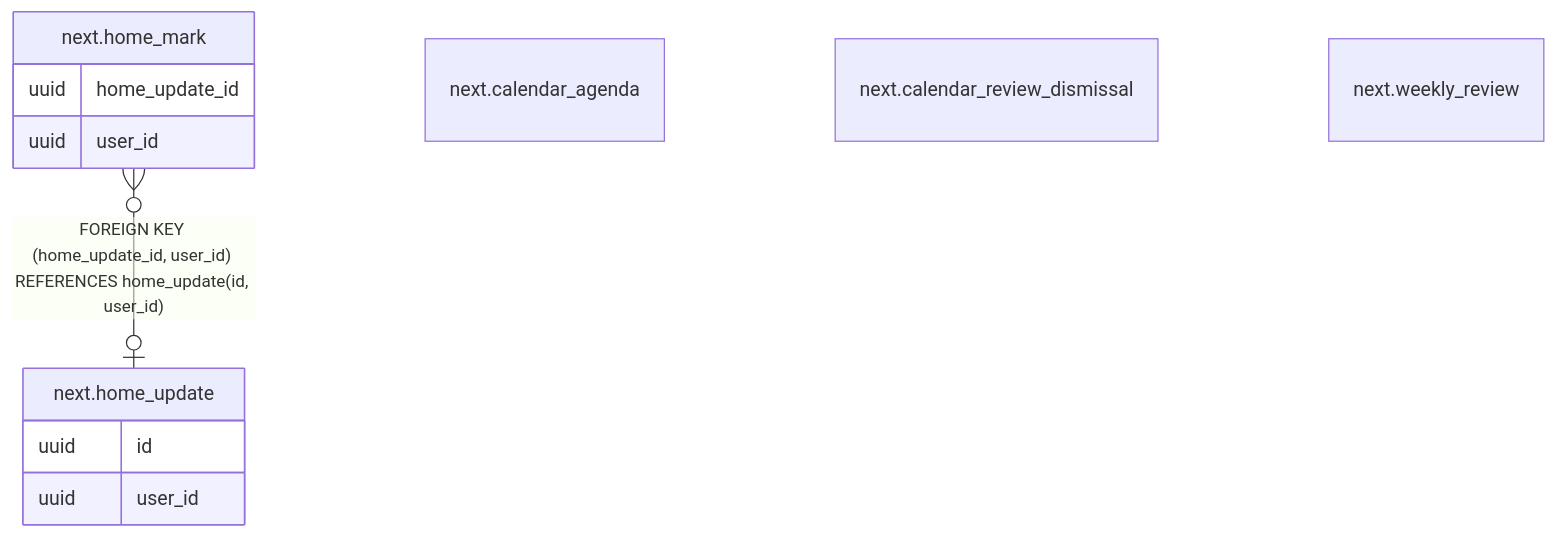
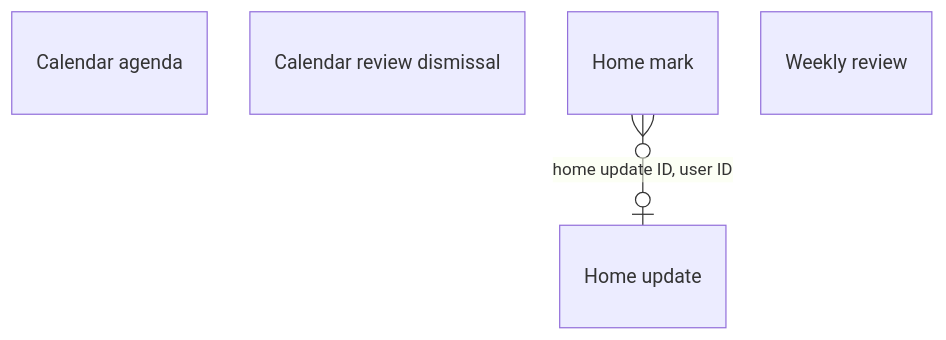
Before and after one commit to DoctorCRE/doctorcre-engine: the diagram in docs/database/tables/viewpoint-home-calendar.md, drawn with Mermaid. The commit also changed other lines of this file and 29 other files, not shown here.

````diff
--- a/docs/database/tables/viewpoint-home-calendar.md
+++ b/docs/database/tables/viewpoint-home-calendar.md
@@ -19,20 +3,16 @@
 ```mermaid
+---
+config:
+  layout: elk
+  er:
+    nodeSpacing: 22
+    rankSpacing: 44
+---
 erDiagram
-
-"next.home_mark" }o--o| "next.home_update" : "FOREIGN KEY (home_update_id, user_id) REFERENCES home_update(id, user_id)"
-
-"next.calendar_agenda" {
-}
-"next.calendar_review_dismissal" {
-}
-"next.home_mark" {
-  uuid home_update_id
-  uuid user_id
-}
-"next.home_update" {
-  uuid id
-  uuid user_id
-}
-"next.weekly_review" {
-}
+  "Calendar agenda"
+  "Calendar review dismissal"
+  "Home mark"
+  "Home update"
+  "Weekly review"
+  "Home mark" }o--o| "Home update" : "home update ID, user ID"
 ```
````
